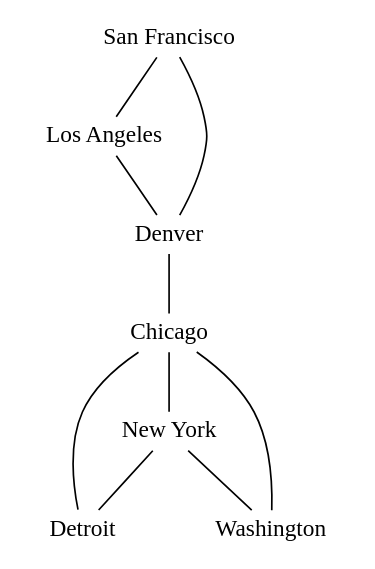
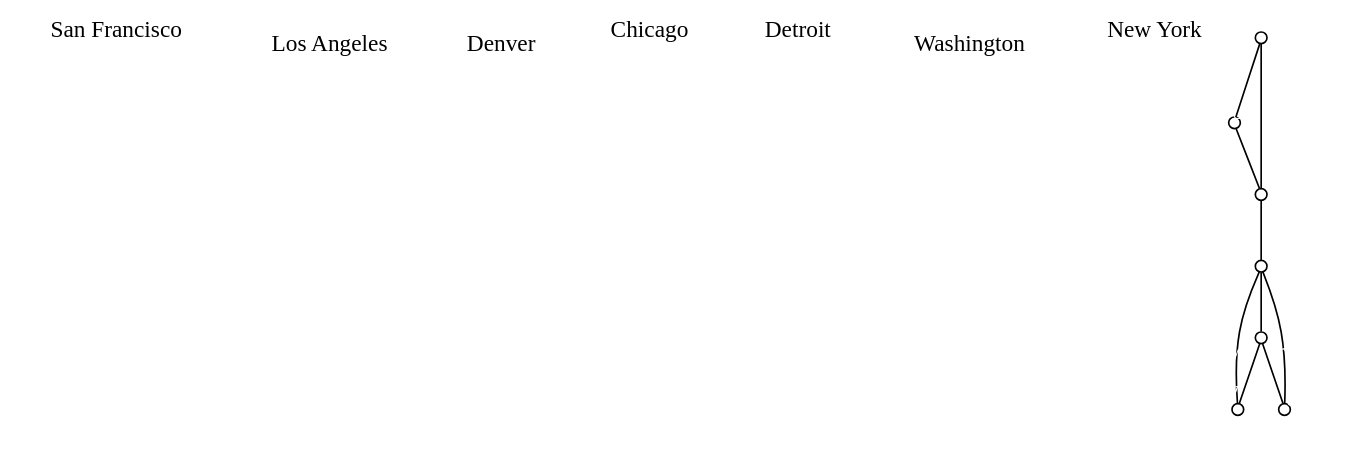
Before and after one commit to vietlq/graph-tuts: the diagram in trang536/hinh1.dot, drawn with Graphviz. The commit also changed 3 other files, not shown here.

```diff
--- a/trang536/hinh1.dot
+++ b/trang536/hinh1.dot
@@ -1,28 +1,37 @@
 /* Trang 536 */
 /* Hinh 1 */
 
 graph G {
-    node [shape=plaintext,width=.3,height=.3,fixedsize=false];
+    node [shape=plaintext,width=.1,height=.1,fixedsize=false,fillcolor="black"];
+    "San Francisco" [pos="0,.2!", labelloc="t"];
+    "Los Angeles" [pos="1,-1.2!", labelloc="b"];
+    "Denver" [pos="2,0.7!", labelloc="b"];
+    "Chicago" [pos="4,0.1!", labelloc="t"];
+    "Detroit" [pos="5,1.7!", labelloc="t"];
+    "Washington" [pos="6,-.7!", labelloc="b"];
+    "New York" [pos="7,1.2!", labelloc="t"];
     
-    "San Francisco" [pos="0,0!"];
-    "Los Angeles" [pos="1,-1!"];
-    "Denver" [pos="2,0.3!"];
-    "Chicago" [pos="4,0.5!"];
-    "Detroit" [pos="5,1.5!"];
-    "Washington" [pos="6,-.5!"];
-    "New York" [pos="7,1!"];
+    node [shape=circle,width=.1,height=.1,fixedsize=true,fillcolor="black"];
     
-    "San Francisco" -- "Los Angeles";
-    "San Francisco" -- "Denver";
+    "San Francisco__" [pos="0,0!", labelloc="t", fontcolor="white"];
+    "Los Angeles__" [pos="1,-1!", labelloc="b", fontcolor="white"];
+    "Denver__" [pos="2,0.3!", labelloc="b", fontcolor="white"];
+    "Chicago__" [pos="4,0.5!", labelloc="t", fontcolor="white"];
+    "Detroit__" [pos="5,1.5!", labelloc="t", fontcolor="white"];
+    "Washington__" [pos="6,-.5!", labelloc="b", fontcolor="white"];
+    "New York__" [pos="7,1!", labelloc="t", fontcolor="white"];
     
-    "Los Angeles" -- "Denver";
+    "San Francisco__" -- "Los Angeles__";
+    "San Francisco__" -- "Denver__";
     
-    "Denver" -- "Chicago";
+    "Los Angeles__" -- "Denver__";
     
-    "Chicago" -- "Detroit";
-    "Chicago" -- "New York";
-    "Chicago" -- "Washington";
+    "Denver__" -- "Chicago__";
     
-    "New York" -- "Detroit";
-    "New York" -- "Washington";
+    "Chicago__" -- "Detroit__";
+    "Chicago__" -- "New York__";
+    "Chicago__" -- "Washington__";
+    
+    "New York__" -- "Detroit__";
+    "New York__" -- "Washington__";
 }
```
